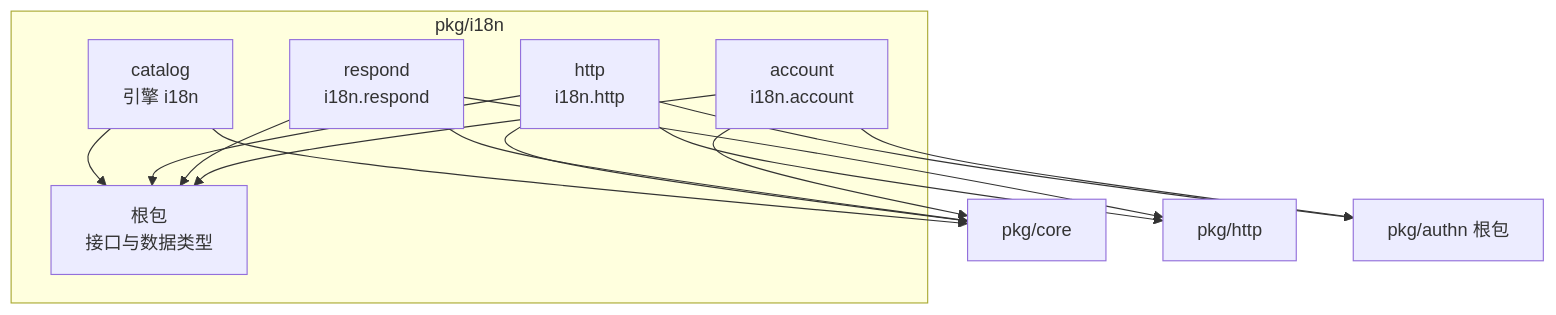
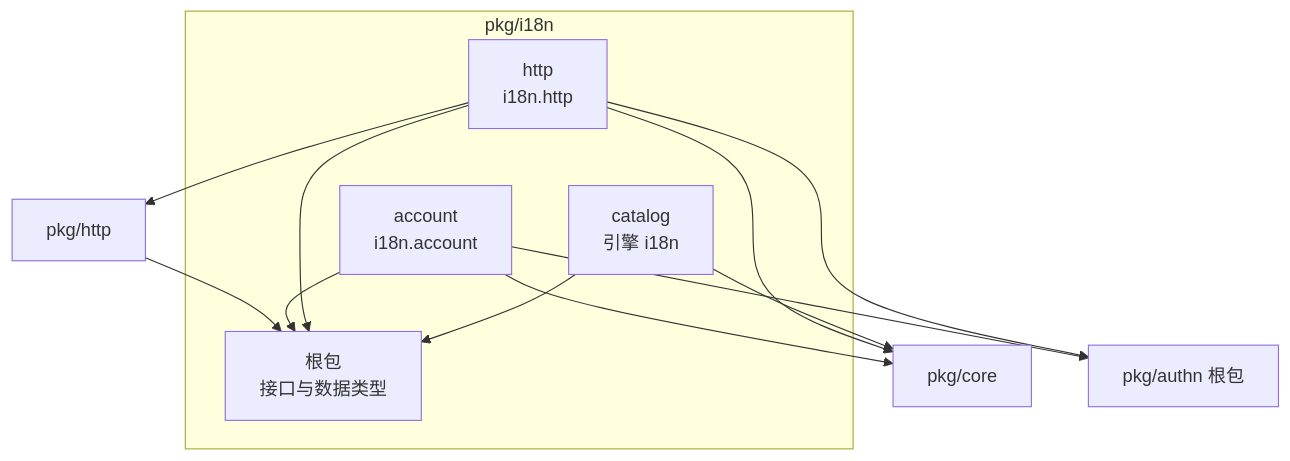
Before and after one commit to wangzw/speed: the third of 4 diagrams in docs/design/architecture.md, drawn with Mermaid. The commit also changed other lines of this file and 34 other files, not shown here.

````diff
--- a/docs/design/architecture.md
+++ b/docs/design/architecture.md
@@ -126,26 +126,23 @@
 ```mermaid
 graph TD
   subgraph i18n["pkg/i18n"]
     iroot["根包<br/>接口与数据类型"]
     engine["catalog<br/>引擎 i18n"]
     ihttp["http<br/>i18n.http"]
-    respond["respond<br/>i18n.respond"]
     iaccount["account<br/>i18n.account"]
   end
   core["pkg/core"]
   http["pkg/http"]
   authnroot["pkg/authn 根包"]
 
   engine --> iroot
   ihttp --> iroot
-  respond --> iroot
   iaccount --> iroot
   engine --> core
   ihttp --> core
-  respond --> core
   iaccount --> core
   ihttp --> http
   ihttp --> authnroot
-  respond --> http
   iaccount --> authnroot
+  http --> iroot
 ```
````
